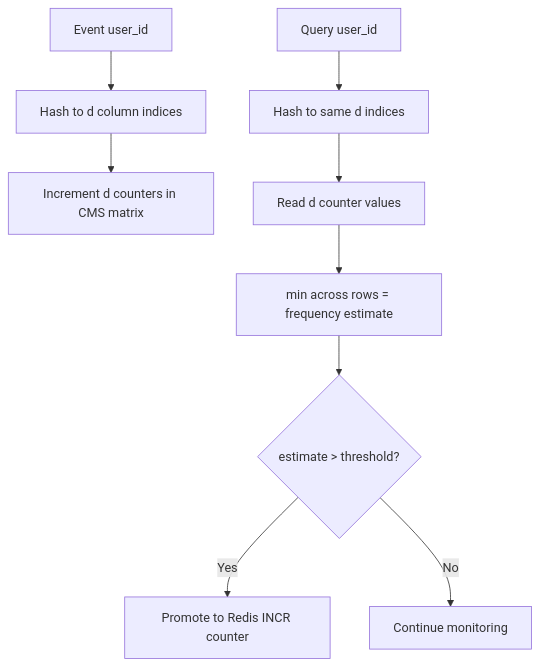
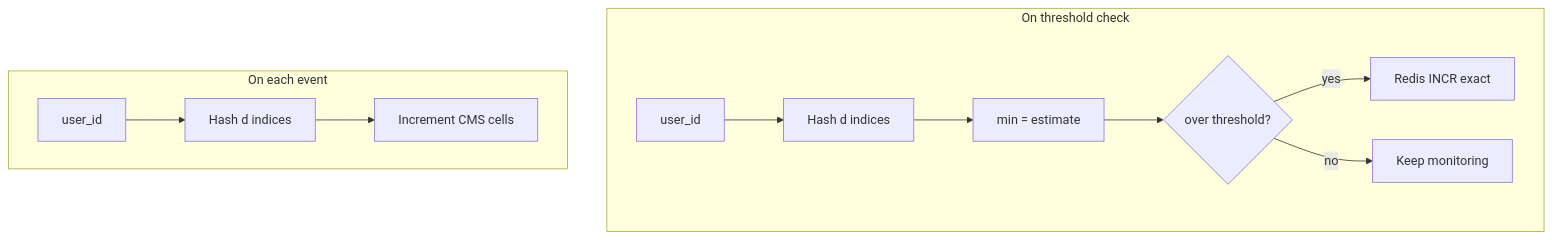
One commit to hareramcse/SystemDesign changed the sixth of 15 diagrams in 13-advanced-topics/README.md. Above: the diagram before and after it, drawn with Mermaid. The commit also changed other lines of this file, not shown here.

````diff
--- a/13-advanced-topics/README.md
+++ b/13-advanced-topics/README.md
@@ -987,11 +1003,17 @@
 ```mermaid
-flowchart TB
-    Ev[Event user_id] --> Hash[Hash to d column indices]
-    Hash --> Inc[Increment d counters in CMS matrix]
-    Q[Query user_id] --> Hash2[Hash to same d indices]
-    Hash2 --> Read[Read d counter values]
-    Read --> Min[min across rows = frequency estimate]
-    Min --> Thresh{estimate > threshold?}
-    Thresh -->|Yes| Exact[Promote to Redis INCR counter]
-    Thresh -->|No| OK[Continue monitoring]
+flowchart LR
+    subgraph update["On each event"]
+        direction LR
+        Ev[user_id] --> Hash[Hash d indices]
+        Hash --> Inc[Increment CMS cells]
+    end
+    subgraph check["On threshold check"]
+        direction LR
+        Q[user_id] --> Hash2[Hash d indices]
+        Hash2 --> Min[min = estimate]
+        Min --> Th{over threshold?}
+        Th -->|yes| Redis[Redis INCR exact]
+        Th -->|no| Mon[Keep monitoring]
+    end
+    update ~~~ check
 ```
````
